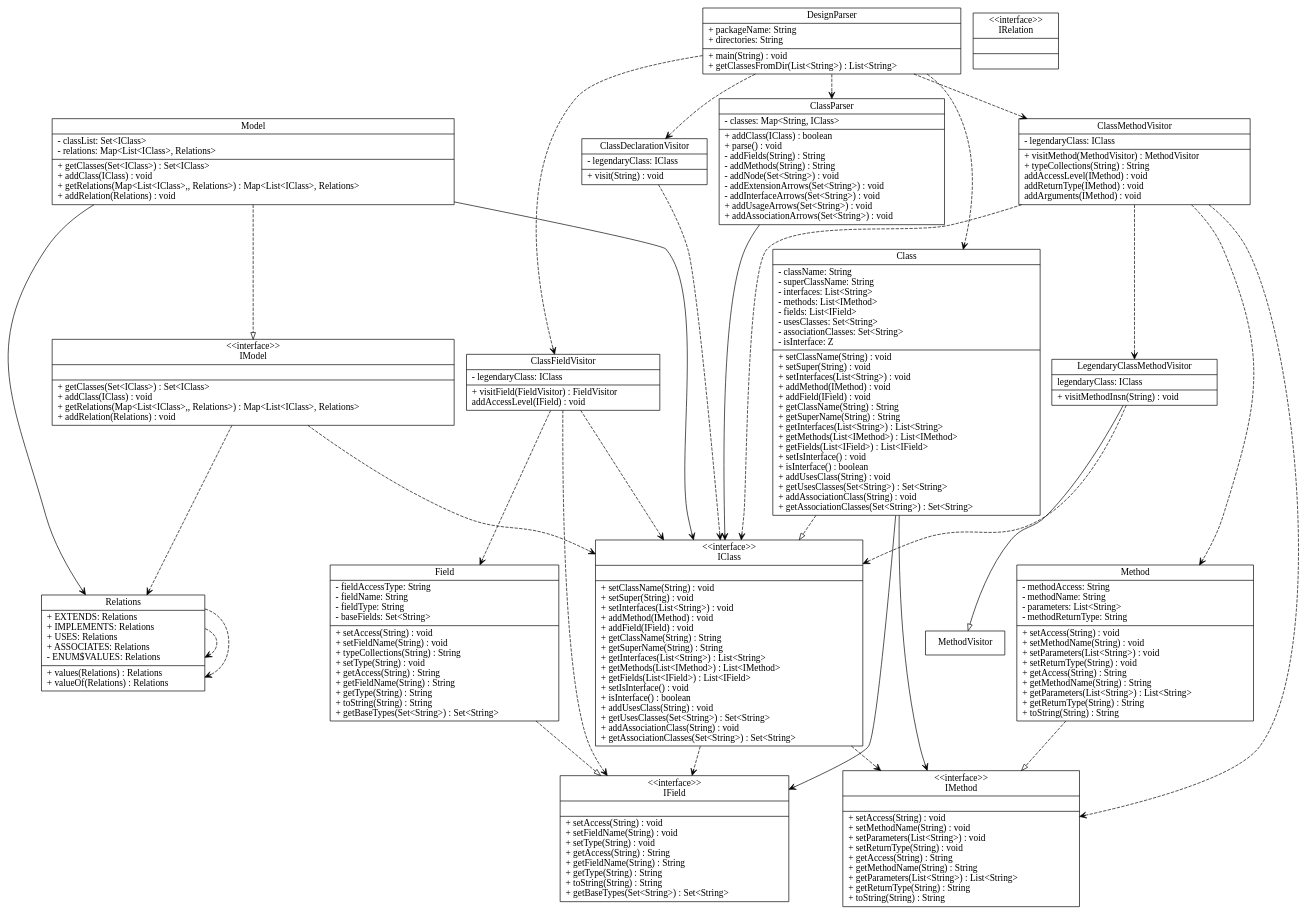
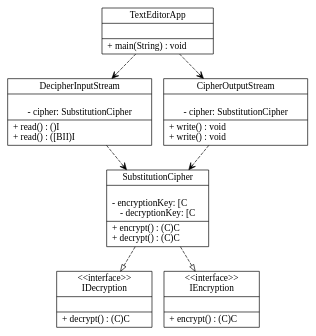
One commit to pastorsj/LegendaryPatterns changed the diagram in input_output/text.dot. Above: the diagram before and after it, drawn with Graphviz. The commit also changed 11 other files, not shown here.

```diff
--- a/input_output/text.dot
+++ b/input_output/text.dot
@@ -1,244 +1,148 @@
 digraph G{
 	node [shape = "record"]
-	IModel [
-	label = "{\<\<interface\>\>\nIModel|
-	|
-	+ getClasses(Set\<IClass\>) : Set\<IClass\>\l
-	+ addClass(IClass) : void\l
-	+ getRelations(Map\<List\<IClass\>,, Relations\>) : Map\<List\<IClass\>, Relations\>\l
-	+ addRelation(Relations) : void\l
+	IDecryption[
+	label="{\<\<interface\>\>\nIDecryption||
++ decrypt() : (C)C\l
 	}"
-	]
-ClassMethodVisitor [
-	label = "{ClassMethodVisitor|
-	- legendaryClass: IClass\l
-	|
-	+ visitMethod(MethodVisitor) : MethodVisitor\l
-	+ typeCollections(String) : String\l
-	 addAccessLevel(IMethod) : void\l
-	 addReturnType(IMethod) : void\l
-	 addArguments(IMethod) : void\l
+]
+	DecipherInputStream[
+	label="{DecipherInputStream|\l
+	- cipher: SubstitutionCipher|
++ read() : ()I\l
+	+ read() : ([BII)I\l
 	}"
-	]
-Relations [
-	label = "{Relations|
-	+ EXTENDS: Relations\l
-	+ IMPLEMENTS: Relations\l
-	+ USES: Relations\l
-	+ ASSOCIATES: Relations\l
-	- ENUM$VALUES: Relations\l
-	|
-	+ values(Relations) : Relations\l
-	+ valueOf(Relations) : Relations\l
+]
+	CipherOutputStream[
+	label="{CipherOutputStream|\l
+	- cipher: SubstitutionCipher|
++ write() : void\l
+	+ write() : void\l
 	}"
-	]
-Method [
-	label = "{Method|
-	- methodAccess: String\l
-	- methodName: String\l
-	- parameters: List\<String\>\l
-	- methodReturnType: String\l
-	|
-	+ setAccess(String) : void\l
-	+ setMethodName(String) : void\l
-	+ setParameters(List\<String\>) : void\l
-	+ setReturnType(String) : void\l
-	+ getAccess(String) : String\l
-	+ getMethodName(String) : String\l
-	+ getParameters(List\<String\>) : List\<String\>\l
-	+ getReturnType(String) : String\l
-	+ toString(String) : String\l
+]
+	TextEditorApp[
+	label="{TextEditorApp||
++ main(String) : void\l
 	}"
-	]
-ClassDeclarationVisitor [
-	label = "{ClassDeclarationVisitor|
-	- legendaryClass: IClass\l
-	|
-	+ visit(String) : void\l
+]
+	CipherOutputStream[
+	label="{CipherOutputStream|\l
+	- cipher: SubstitutionCipher|
++ write() : void\l
+	+ write() : void\l
 	}"
-	]
-IField [
-	label = "{\<\<interface\>\>\nIField|
-	|
-	+ setAccess(String) : void\l
-	+ setFieldName(String) : void\l
-	+ setType(String) : void\l
-	+ getAccess(String) : String\l
-	+ getFieldName(String) : String\l
-	+ getType(String) : String\l
-	+ toString(String) : String\l
-	+ getBaseTypes(Set\<String\>) : Set\<String\>\l
+]
+	IEncryption[
+	label="{\<\<interface\>\>\nIEncryption||
++ encrypt() : (C)C\l
 	}"
-	]
-DesignParser [
-	label = "{DesignParser|
-	+ packageName: String\l
-	+ directories: String\l
-	|
-	+ main(String) : void\l
-	+ getClassesFromDir(List\<String\>) : List\<String\>\l
+]
+	IDecryption[
+	label="{\<\<interface\>\>\nIDecryption||
++ decrypt() : (C)C\l
 	}"
-	]
-Field [
-	label = "{Field|
-	- fieldAccessType: String\l
-	- fieldName: String\l
-	- fieldType: String\l
-	- baseFields: Set\<String\>\l
-	|
-	+ setAccess(String) : void\l
-	+ setFieldName(String) : void\l
-	+ typeCollections(String) : String\l
-	+ setType(String) : void\l
-	+ getAccess(String) : String\l
-	+ getFieldName(String) : String\l
-	+ getType(String) : String\l
-	+ toString(String) : String\l
-	+ getBaseTypes(Set\<String\>) : Set\<String\>\l
+]
+	SubstitutionCipher[
+	label="{SubstitutionCipher|\l
+	- encryptionKey: [C\l
+	- decryptionKey: [C|
++ encrypt() : (C)C\l
+	+ decrypt() : (C)C\l
 	}"
-	]
-ClassFieldVisitor [
-	label = "{ClassFieldVisitor|
-	- legendaryClass: IClass\l
-	|
-	+ visitField(FieldVisitor) : FieldVisitor\l
-	 addAccessLevel(IField) : void\l
+]
+	CipherOutputStream[
+	label="{CipherOutputStream|\l
+	- cipher: SubstitutionCipher|
++ write() : void\l
+	+ write() : void\l
 	}"
-	]
-IRelation [
-	label = "{\<\<interface\>\>\nIRelation|
-	|
+]
+	IDecryption[
+	label="{\<\<interface\>\>\nIDecryption||
++ decrypt() : (C)C\l
 	}"
-	]
-LegendaryClassMethodVisitor [
-	label = "{LegendaryClassMethodVisitor|
-	 legendaryClass: IClass\l
-	|
-	+ visitMethodInsn(String) : void\l
+]
+	IEncryption[
+	label="{\<\<interface\>\>\nIEncryption||
++ encrypt() : (C)C\l
 	}"
-	]
-Model [
-	label = "{Model|
-	- classList: Set\<IClass\>\l
-	- relations: Map\<List\<IClass\>, Relations\>\l
-	|
-	+ getClasses(Set\<IClass\>) : Set\<IClass\>\l
-	+ addClass(IClass) : void\l
-	+ getRelations(Map\<List\<IClass\>,, Relations\>) : Map\<List\<IClass\>, Relations\>\l
-	+ addRelation(Relations) : void\l
+]
+	DecipherInputStream[
+	label="{DecipherInputStream|\l
+	- cipher: SubstitutionCipher|
++ read() : ()I\l
+	+ read() : ([BII)I\l
 	}"
-	]
-Class [
-	label = "{Class|
-	- className: String\l
-	- superClassName: String\l
-	- interfaces: List\<String\>\l
-	- methods: List\<IMethod\>\l
-	- fields: List\<IField\>\l
-	- usesClasses: Set\<String\>\l
-	- associationClasses: Set\<String\>\l
-	- isInterface: Z\l
-	|
-	+ setClassName(String) : void\l
-	+ setSuper(String) : void\l
-	+ setInterfaces(List\<String\>) : void\l
-	+ addMethod(IMethod) : void\l
-	+ addField(IField) : void\l
-	+ getClassName(String) : String\l
-	+ getSuperName(String) : String\l
-	+ getInterfaces(List\<String\>) : List\<String\>\l
-	+ getMethods(List\<IMethod\>) : List\<IMethod\>\l
-	+ getFields(List\<IField\>) : List\<IField\>\l
-	+ setIsInterface() : void\l
-	+ isInterface() : boolean\l
-	+ addUsesClass(String) : void\l
-	+ getUsesClasses(Set\<String\>) : Set\<String\>\l
-	+ addAssociationClass(String) : void\l
-	+ getAssociationClasses(Set\<String\>) : Set\<String\>\l
+]
+	CipherOutputStream[
+	label="{CipherOutputStream|\l
+	- cipher: SubstitutionCipher|
++ write() : void\l
+	+ write() : void\l
 	}"
-	]
-IClass [
-	label = "{\<\<interface\>\>\nIClass|
-	|
-	+ setClassName(String) : void\l
-	+ setSuper(String) : void\l
-	+ setInterfaces(List\<String\>) : void\l
-	+ addMethod(IMethod) : void\l
-	+ addField(IField) : void\l
-	+ getClassName(String) : String\l
-	+ getSuperName(String) : String\l
-	+ getInterfaces(List\<String\>) : List\<String\>\l
-	+ getMethods(List\<IMethod\>) : List\<IMethod\>\l
-	+ getFields(List\<IField\>) : List\<IField\>\l
-	+ setIsInterface() : void\l
-	+ isInterface() : boolean\l
-	+ addUsesClass(String) : void\l
-	+ getUsesClasses(Set\<String\>) : Set\<String\>\l
-	+ addAssociationClass(String) : void\l
-	+ getAssociationClasses(Set\<String\>) : Set\<String\>\l
+]
+	DecipherInputStream[
+	label="{DecipherInputStream|\l
+	- cipher: SubstitutionCipher|
++ read() : ()I\l
+	+ read() : ([BII)I\l
 	}"
-	]
-IMethod [
-	label = "{\<\<interface\>\>\nIMethod|
-	|
-	+ setAccess(String) : void\l
-	+ setMethodName(String) : void\l
-	+ setParameters(List\<String\>) : void\l
-	+ setReturnType(String) : void\l
-	+ getAccess(String) : String\l
-	+ getMethodName(String) : String\l
-	+ getParameters(List\<String\>) : List\<String\>\l
-	+ getReturnType(String) : String\l
-	+ toString(String) : String\l
+]
+	IDecryption[
+	label="{\<\<interface\>\>\nIDecryption||
++ decrypt() : (C)C\l
 	}"
-	]
-ClassParser [
-	label = "{ClassParser|
-	- classes: Map\<String, IClass\>\l
-	|
-	+ addClass(IClass) : boolean\l
-	+ parse() : void\l
-	- addFields(String) : String\l
-	- addMethods(String) : String\l
-	- addNode(Set\<String\>) : void\l
-	- addExtensionArrows(Set\<String\>) : void\l
-	- addInterfaceArrows(Set\<String\>) : void\l
-	+ addUsageArrows(Set\<String\>) : void\l
-	+ addAssociationArrows(Set\<String\>) : void\l
+]
+	CipherOutputStream[
+	label="{CipherOutputStream|\l
+	- cipher: SubstitutionCipher|
++ write() : void\l
+	+ write() : void\l
 	}"
-	]
-	edge [arrowhead = "empty"]
-LegendaryClassMethodVisitor->MethodVisitor
-		edge [style = "dashed"]
-	Method->IMethod
-	Field->IField
-	Model->IModel
-	Class->IClass
+]
+	CipherOutputStream[
+	label="{CipherOutputStream|\l
+	- cipher: SubstitutionCipher|
++ write() : void\l
+	+ write() : void\l
+	}"
+]
+	IEncryption[
+	label="{\<\<interface\>\>\nIEncryption||
++ encrypt() : (C)C\l
+	}"
+]
+	SubstitutionCipher[
+	label="{SubstitutionCipher|\l
+	- encryptionKey: [C\l
+	- decryptionKey: [C|
++ encrypt() : (C)C\l
+	+ decrypt() : (C)C\l
+	}"
+]
+	DecipherInputStream[
+	label="{DecipherInputStream|\l
+	- cipher: SubstitutionCipher|
++ read() : ()I\l
+	+ read() : ([BII)I\l
+	}"
+]
+	DecipherInputStream[
+	label="{DecipherInputStream|\l
+	- cipher: SubstitutionCipher|
++ read() : ()I\l
+	+ read() : ([BII)I\l
+	}"
+]
 	edge [style = "dashed"] [arrowhead = "open"]
-	IModel->Relations
-	IModel->IClass
-	ClassMethodVisitor->IClass
-	ClassMethodVisitor->IMethod
-	ClassMethodVisitor->LegendaryClassMethodVisitor
-	ClassMethodVisitor->Method
-	Relations->Relations
-	Relations->Relations
-	ClassDeclarationVisitor->IClass
-	DesignParser->ClassParser
-	DesignParser->Class
-	DesignParser->ClassDeclarationVisitor
-	DesignParser->ClassFieldVisitor
-	DesignParser->ClassMethodVisitor
-	ClassFieldVisitor->Field
-	ClassFieldVisitor->IClass
-	ClassFieldVisitor->IField
-	LegendaryClassMethodVisitor->IClass
-	IClass->IMethod
-	IClass->IField
-	edge [style = "solid"] [arrowhead = "open"]
-	Model->Relations
-	Model->IClass
-	Class->IMethod
-	Class->IField
-	ClassParser->IClass
-	}
+	TextEditorApp->DecipherInputStream
+	edge [style = "dashed"] [arrowhead = "empty"]
+	SubstitutionCipher->IEncryption
+	edge [style = "dashed"] [arrowhead = "empty"]
+	SubstitutionCipher->IDecryption
+	edge [style = "dashed"] [arrowhead = "open"]
+	TextEditorApp->CipherOutputStream
+	edge [style = "dashed"] [arrowhead = "open"]
+	CipherOutputStream->SubstitutionCipher
+	edge [style = "dashed"] [arrowhead = "open"]
+	DecipherInputStream->SubstitutionCipher
+}
```
